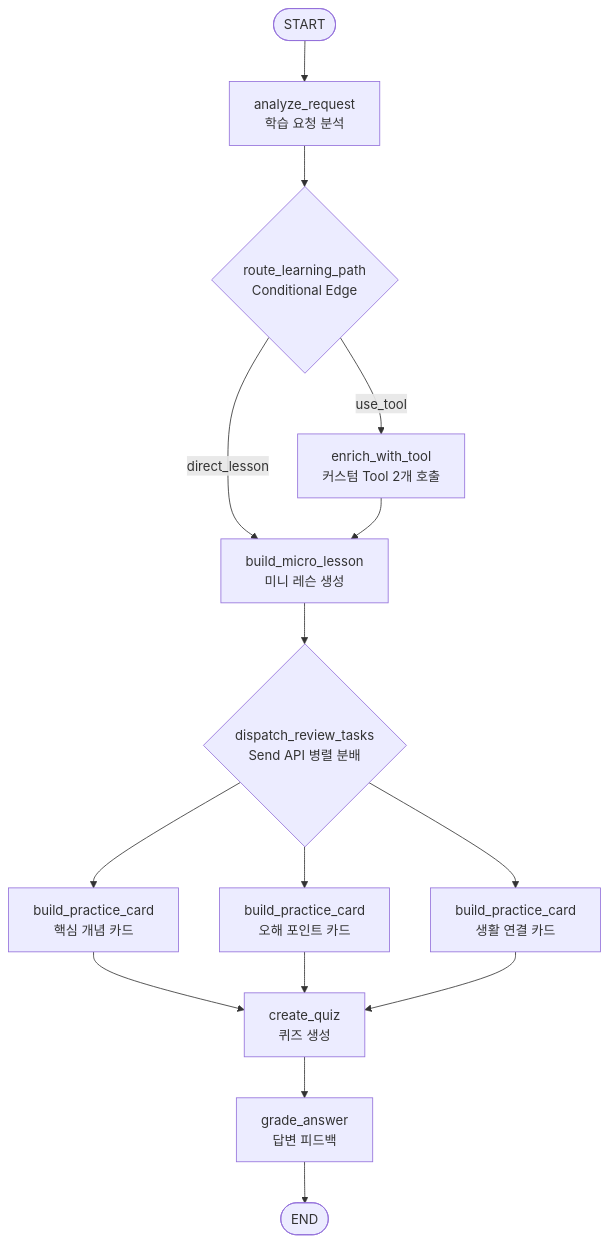
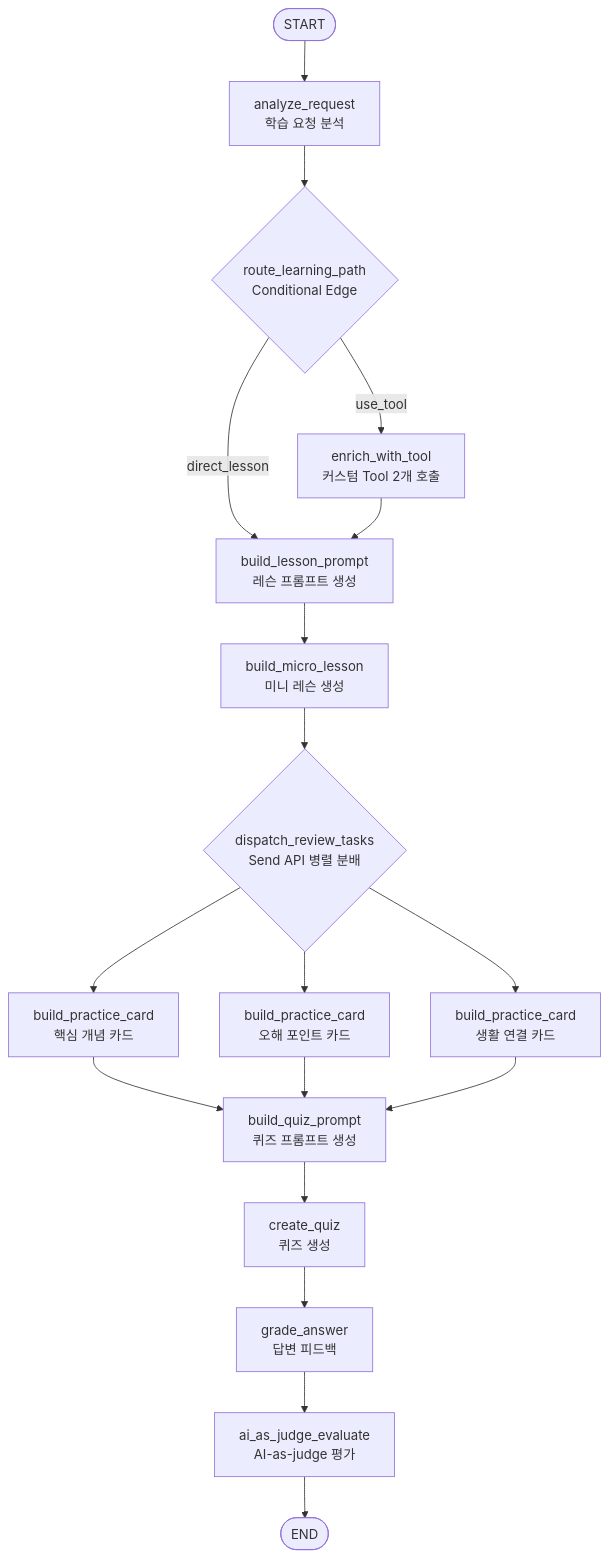
Before and after one commit to Kalamari0227/graph_assignment: the diagram in README.md, drawn with Mermaid. The commit also changed other lines of this file and 6 other files, not shown here.

```diff
--- a/README.md
+++ b/README.md
@@ -76,17 +92,20 @@
 ~~~mermaid
 flowchart TD
     START([START]) --> A[analyze_request<br/>학습 요청 분석]
     A --> R{route_learning_path<br/>Conditional Edge}
     R -->|use_tool| T[enrich_with_tool<br/>커스텀 Tool 2개 호출]
-    R -->|direct_lesson| B[build_micro_lesson<br/>미니 레슨 생성]
-    T --> B
+    R -->|direct_lesson| LP[build_lesson_prompt<br/>레슨 프롬프트 생성]
+    T --> LP
+    LP --> B[build_micro_lesson<br/>미니 레슨 생성]
     B --> S{dispatch_review_tasks<br/>Send API 병렬 분배}
     S --> P1[build_practice_card<br/>핵심 개념 카드]
     S --> P2[build_practice_card<br/>오해 포인트 카드]
     S --> P3[build_practice_card<br/>생활 연결 카드]
-    P1 --> C[create_quiz<br/>퀴즈 생성]
-    P2 --> C
-    P3 --> C
+    P1 --> QP[build_quiz_prompt<br/>퀴즈 프롬프트 생성]
+    P2 --> QP
+    P3 --> QP
+    QP --> C[create_quiz<br/>퀴즈 생성]
     C --> D[grade_answer<br/>답변 피드백]
-    D --> END([END])
+    D --> J[ai_as_judge_evaluate<br/>AI-as-judge 평가]
+    J --> END([END])
 ~~~
```
